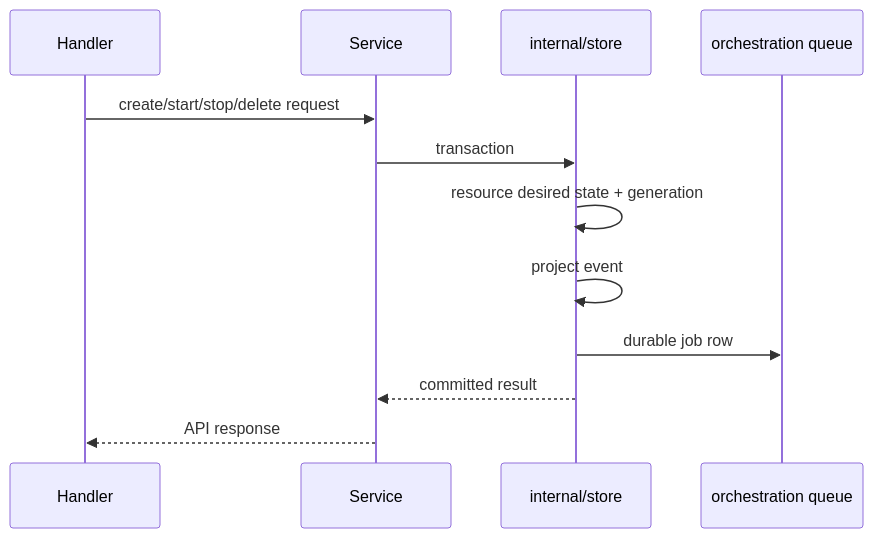
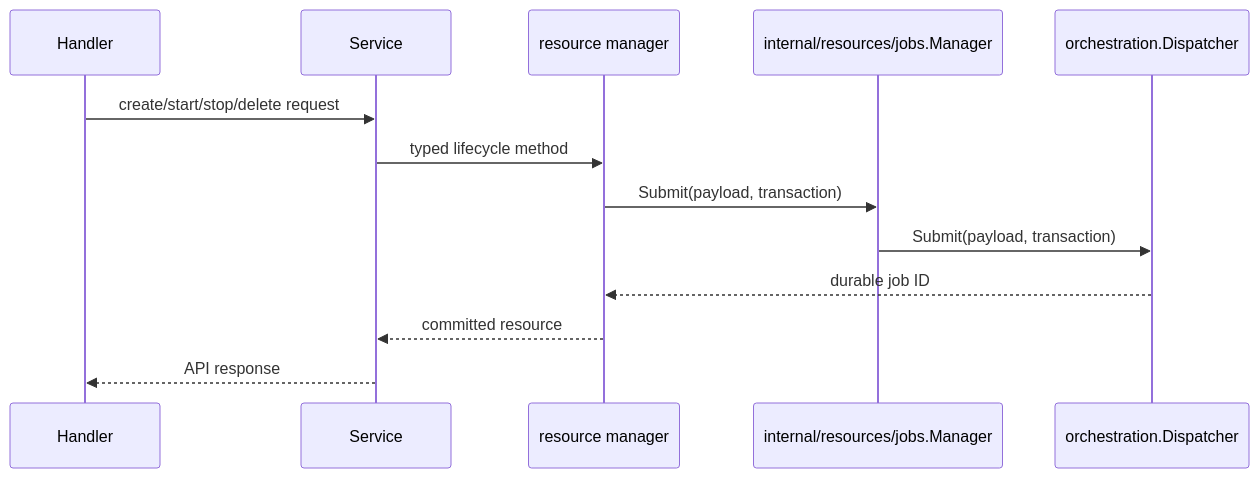
One commit to discobox-ai/discobox changed the second of 2 diagrams in server/internal/service/DESIGN.md. Above: the diagram before and after it, drawn with Mermaid. The commit also changed other lines of this file and 87 other files, not shown here.

````diff
--- a/server/internal/service/DESIGN.md
+++ b/server/internal/service/DESIGN.md
@@ -40,15 +79,16 @@
 ```mermaid
 sequenceDiagram
     participant Handler
     participant Service
-    participant Store as internal/store
-    participant Queue as orchestration queue
+    participant Manager as resource manager
+    participant Jobs as internal/resources/jobs.Manager
+    participant Dispatcher as orchestration.Dispatcher
 
     Handler->>Service: create/start/stop/delete request
-    Service->>Store: transaction
-    Store->>Store: resource desired state + generation
-    Store->>Store: project event
-    Store->>Queue: durable job row
-    Store-->>Service: committed result
+    Service->>Manager: typed lifecycle method
+    Manager->>Jobs: Submit(payload, transaction)
+    Jobs->>Dispatcher: Submit(payload, transaction)
+    Dispatcher-->>Manager: durable job ID
+    Manager-->>Service: committed resource
     Service-->>Handler: API response
 ```
````
